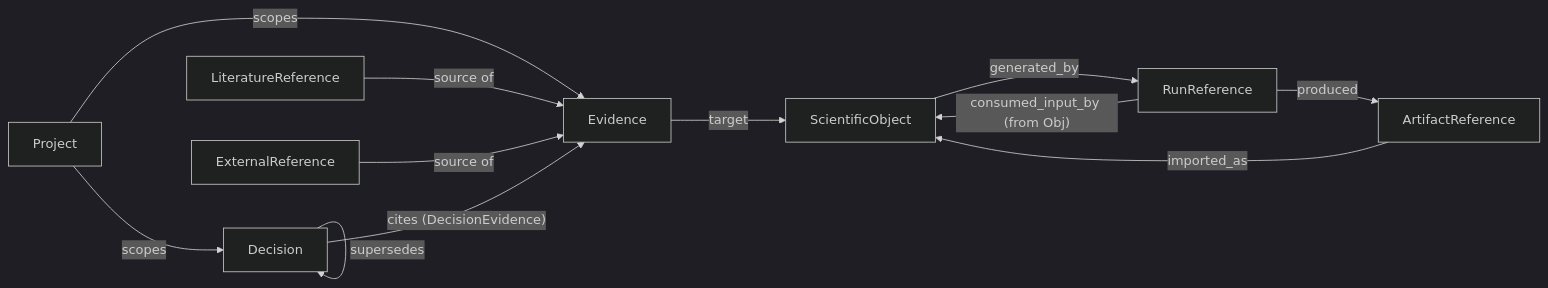
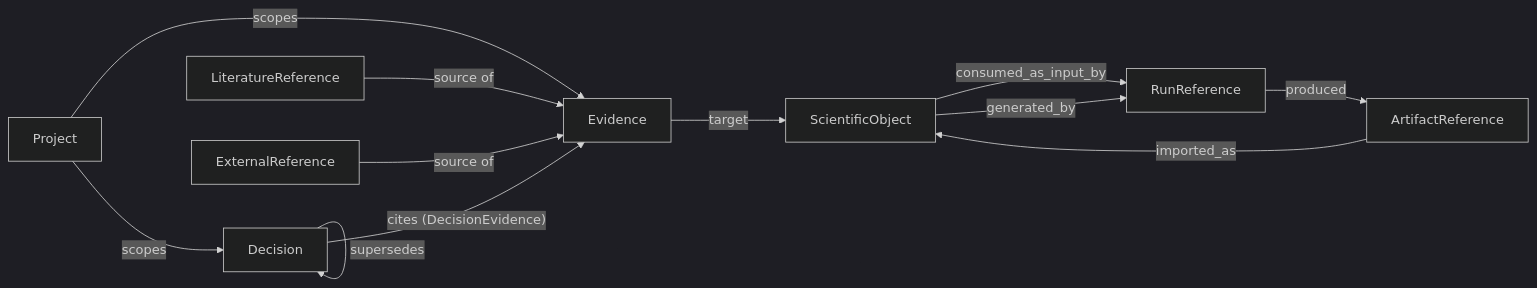
The third of 6 diagrams in docs/architecture/SYSTEM_ARCHITECTURE.md (YaoYinYing/REvoLab), drawn with Mermaid (dark theme) before and after one commit. The commit also changed other lines of this file and 20 other files, not shown here.

````diff
--- a/docs/architecture/SYSTEM_ARCHITECTURE.md
+++ b/docs/architecture/SYSTEM_ARCHITECTURE.md
@@ -161,23 +183,23 @@
 ```mermaid
 flowchart LR
     Proj["Project"]
     Obj["ScientificObject"]
     RunR["RunReference"]
     ArtR["ArtifactReference"]
     LitR["LiteratureReference"]
     ExtR["ExternalReference"]
     Ev["Evidence"]
     Dec["Decision"]
 
     Proj -- scopes --> Dec
     Proj -- scopes --> Ev
     RunR -- produced --> ArtR
-    RunR -- consumed_input_by (from Obj) --> Obj
+    Obj -- consumed_as_input_by --> RunR
     ArtR -- imported_as --> Obj
     Obj -- generated_by --> RunR
     LitR -- source of --> Ev
     ExtR -- source of --> Ev
     Ev -- target --> Obj
     Dec -- cites (DecisionEvidence) --> Ev
     Dec -- supersedes --> Dec
 ```
````
